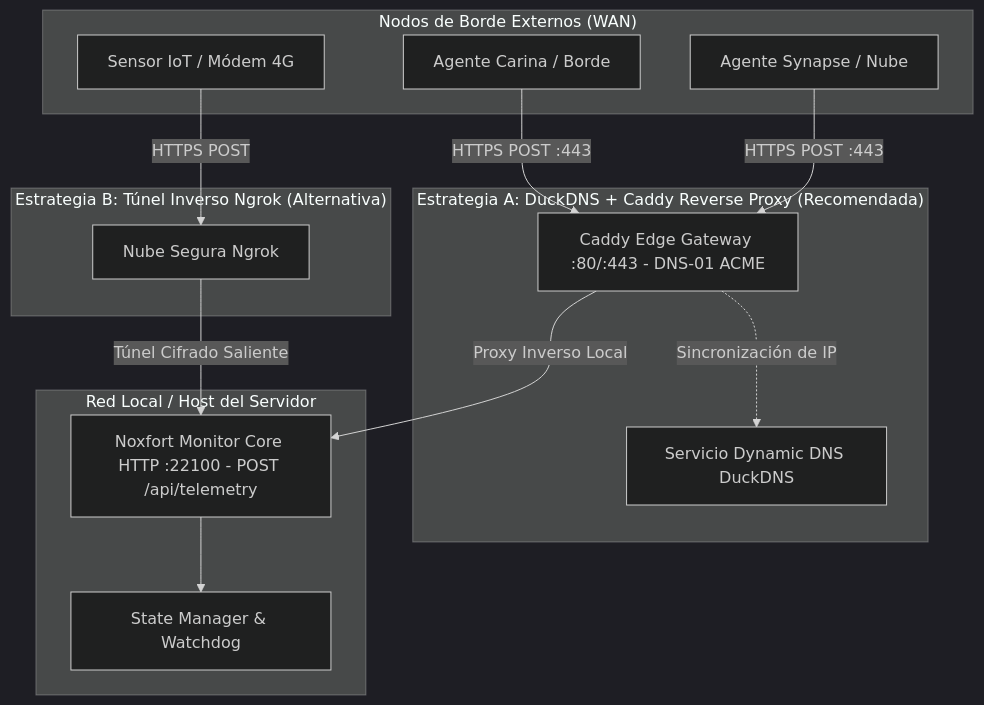
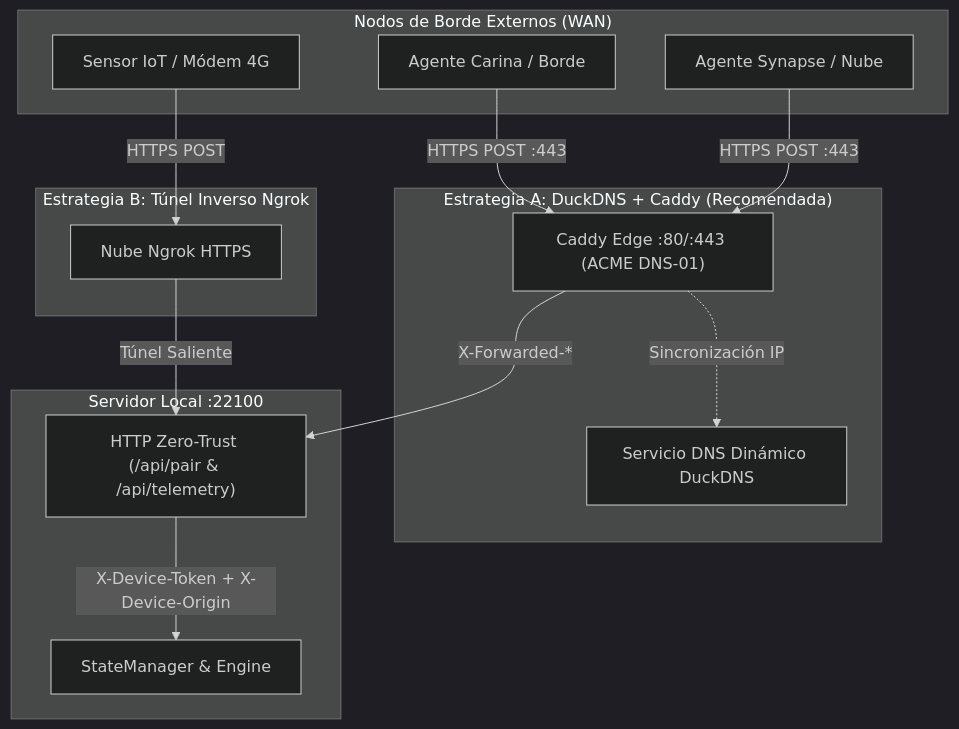
The diagram in docs/es/remote_access.md (Noxfort-Systems-Brazil/MONITOR), drawn with Mermaid (dark theme) before and after one commit. The commit also changed other lines of this file and 186 other files, not shown here.

````diff
--- a/docs/es/remote_access.md
+++ b/docs/es/remote_access.md
@@ -13,31 +11,31 @@
 ```mermaid
 graph TD
     subgraph "Nodos de Borde Externos (WAN)"
         Carina[Agente Carina / Borde]
         Synapse[Agente Synapse / Nube]
         Sensor[Sensor IoT / Módem 4G]
     end
 
-    subgraph "Estrategia A: DuckDNS + Caddy Reverse Proxy (Recomendada)"
-        DuckDNS[Servicio Dynamic DNS DuckDNS]
-        Caddy[Caddy Edge Gateway :80/:443 - DNS-01 ACME]
+    subgraph "Estrategia A: DuckDNS + Caddy (Recomendada)"
+        DuckDNS[Servicio DNS Dinámico DuckDNS]
+        Caddy["Caddy Edge :80/:443 (ACME DNS-01)"]
     end
 
-    subgraph "Estrategia B: Túnel Inverso Ngrok (Alternativa)"
-        NgrokEdge[Nube Segura Ngrok]
+    subgraph "Estrategia B: Túnel Inverso Ngrok"
+        NgrokEdge[Nube Ngrok HTTPS]
     end
 
-    subgraph "Red Local / Host del Servidor"
-        ExtHTTP[Noxfort Monitor Core HTTP :22100 - POST /api/telemetry]
-        StateManager[State Manager & Watchdog]
+    subgraph "Servidor Local :22100"
+        ExtHTTP["HTTP Zero-Trust (/api/pair & /api/telemetry)"]
+        StateManager[StateManager & Engine]
     end
 
-    Carina -->|HTTPS POST :443| Caddy
-    Synapse -->|HTTPS POST :443| Caddy
-    Sensor -->|HTTPS POST| NgrokEdge
+    Carina -->|"HTTPS POST :443"| Caddy
+    Synapse -->|"HTTPS POST :443"| Caddy
+    Sensor -->|"HTTPS POST"| NgrokEdge
 
-    Caddy -.->|Sincronización de IP| DuckDNS
-    Caddy -->|Proxy Inverso Local| ExtHTTP
-    NgrokEdge -->|Túnel Cifrado Saliente| ExtHTTP
-    ExtHTTP --> StateManager
+    Caddy -.->|"Sincronización IP"| DuckDNS
+    Caddy -->|"X-Forwarded-*"| ExtHTTP
+    NgrokEdge -->|"Túnel Saliente"| ExtHTTP
+    ExtHTTP -->|"X-Device-Token + X-Device-Origin"| StateManager
 ```
````
